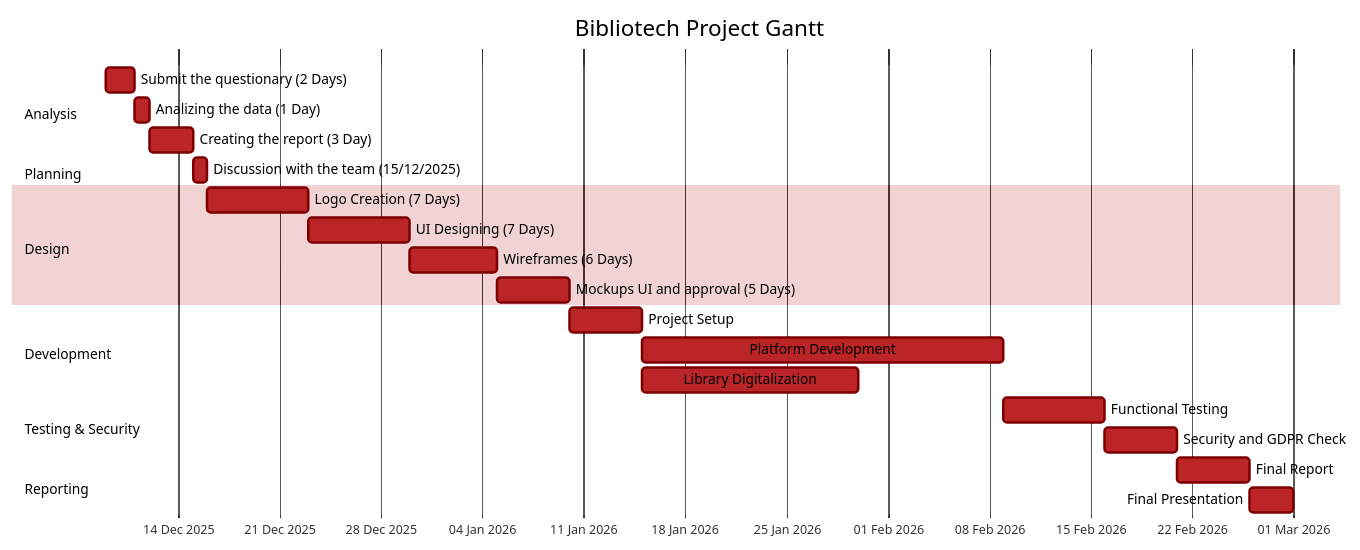
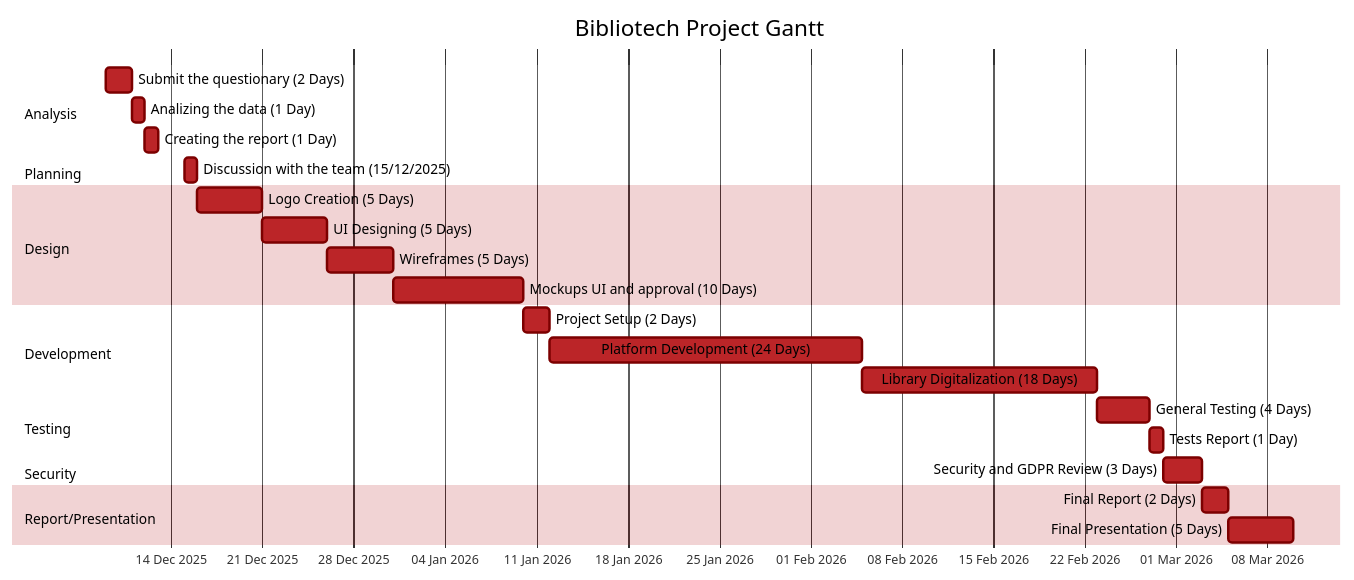
One commit to ErBeso7/Bibliotech-GANTT changed the diagram in docs/Bibliotech.mermaid. Above: the diagram before and after it, drawn with Mermaid. The commit also changed 1 other file, not shown here.

Commit message:
Update Gantt chart task durations

```diff
--- a/docs/Bibliotech.mermaid
+++ b/docs/Bibliotech.mermaid
@@ -1,43 +1,46 @@
 ---
 config:
   theme: 'base'
   themeVariables:
     primaryColor: '#BB2528'
     primaryTextColor: '#000'
     primaryBorderColor: '#7C0000'
     lineColor: '#F8B229'
     secondaryColor: '#006100'
     tertiaryColor: '#fff'
 ---
 
 gantt
     title Bibliotech Project Gantt
     dateFormat  DD-MM-YYYY
     axisFormat  %d %b %Y
 
     section Analysis
-    Submit the questionary (2 Days)      :a1, 09-12-2025, 2d
-    Analizing the data (1 Day)           :a2, after a1, 1d
-    Creating the report (3 Day)          :a3, after a2, 3d
+    Submit the questionary (2 Days)         :a1, 09-12-2025, 2d
+    Analizing the data (1 Day)              :a2, after a1, 1d
+    Creating the report (1 Day)             :a3, after a2, 1d
 
     section Planning 
-    Discussion with the team (15/12/2025):a4, after a3, 1d
+    Discussion with the team (15/12/2025)   :a4, 15-12-2025, 1d
 
     section Design
-    Logo Creation (7 Days)               :b0, after a4, 7d
-    UI Designing (7 Days)                :b1, after b0, 7d
-    Wireframes (6 Days)                  :b2, after b1, 6d
-    Mockups UI and approval (5 Days)     :b3, after b2, 5d
+    Logo Creation (5 Days)                  :b0, after a4, 5d
+    UI Designing (5 Days)                   :b1, after b0, 5d
+    Wireframes (5 Days)                     :b2, after b1, 5d
+    Mockups UI and approval (10 Days)       :b3, after b2, 10d
 
     section Development
-    Project Setup                 :c1, after b3, 5d
-    Platform Development          :c2, after c1, 25d
-    Library Digitalization        :c3, after c1, 15d
+    Project Setup (2 Days)                  :c1, after b3, 2d
+    Platform Development (24 Days)          :c2, after c1, 24d
+    Library Digitalization (18 Days)        :c3, after c2, 18d
 
-    section Testing & Security
-    Functional Testing            :d1, after c2, 7d
-    Security and GDPR Check       :d2, after d1, 5d
+    section Testing
+    General Testing (4 Days)                :d1, after c3, 4d
+    Tests Report (1 Day)                    :d2, after d1, 1d
 
-    section Reporting
-    Final Report                  :e1, after d2, 5d
-    Final Presentation            :e2, after e1, 3d
+    section Security
+    Security and GDPR Review (3 Days)       :s1, after d2, 3d
+
+    section Report/Presentation
+    Final Report (2 Days)                   :e1, after s1, 2d
+    Final Presentation (5 Days)             :e2, after e1, 5d
```
